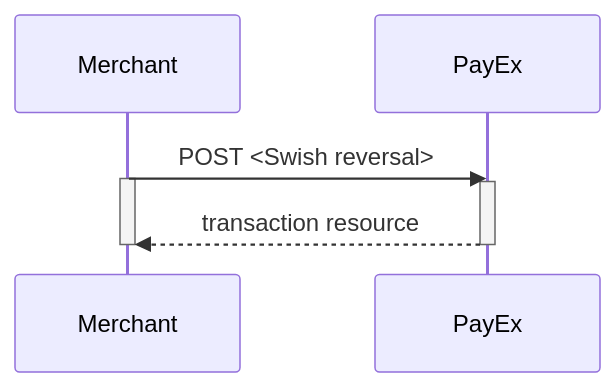
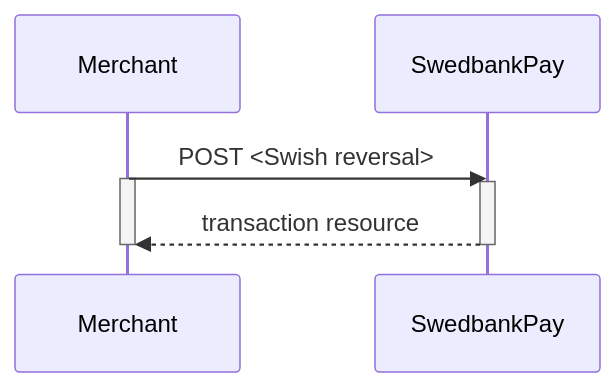
The second of 2 diagrams in payments/swish/redirect.md (SwedbankPay/developer.swedbankpay.com), drawn with Mermaid before and after one commit. The commit also changed other lines of this file and 4 other files, not shown here.

Commit message:
DX-415 Indent fix, typo fix, diagram fix

````diff
--- a/payments/swish/redirect.md
+++ b/payments/swish/redirect.md
@@ -149,9 +147,9 @@
 ```mermaid
 sequenceDiagram
-  Merchant->>PayEx: POST <Swish reversal>
-  Activate Merchant
-  Activate PayEx
-  PayEx-->>Merchant: transaction resource
-  Deactivate PayEx
-  Deactivate Merchant
+  Merchant->>SwedbankPay: POST <Swish reversal>
+  activate Merchant
+  activate SwedbankPay
+  SwedbankPay-->>Merchant: transaction resource
+  deactivate SwedbankPay
+  deactivate Merchant
 ```
````
